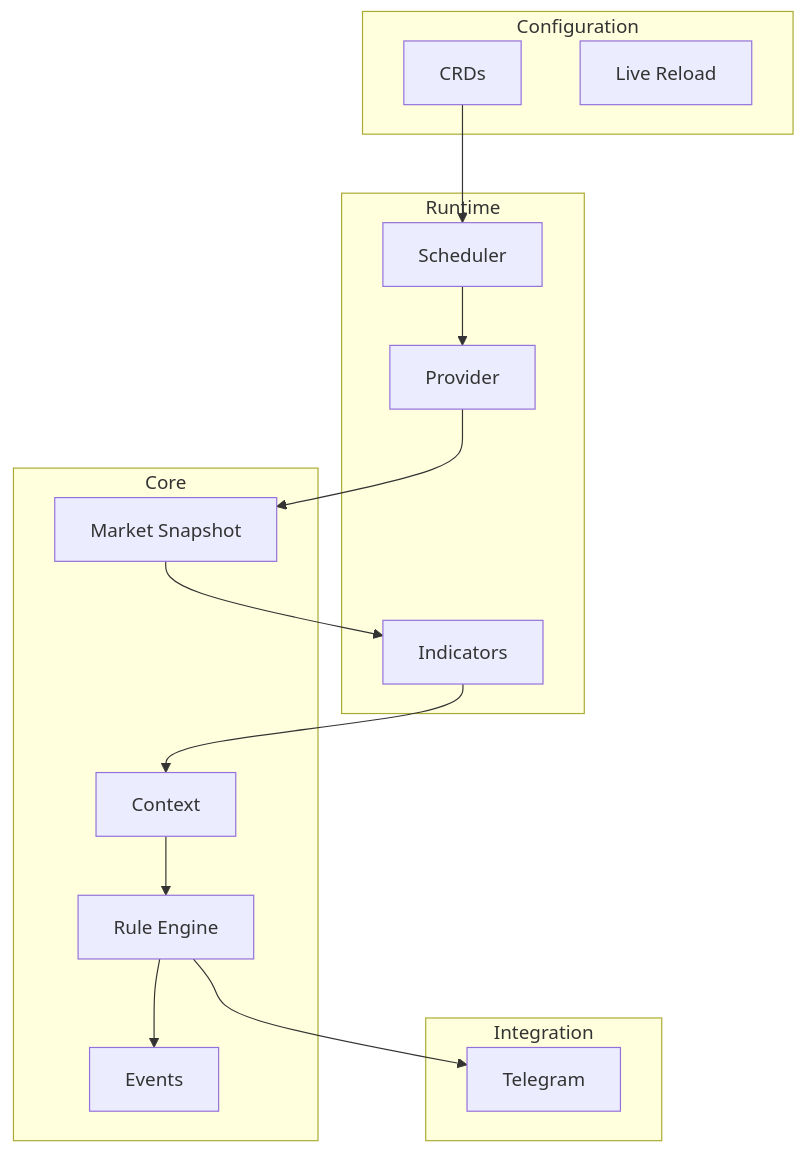
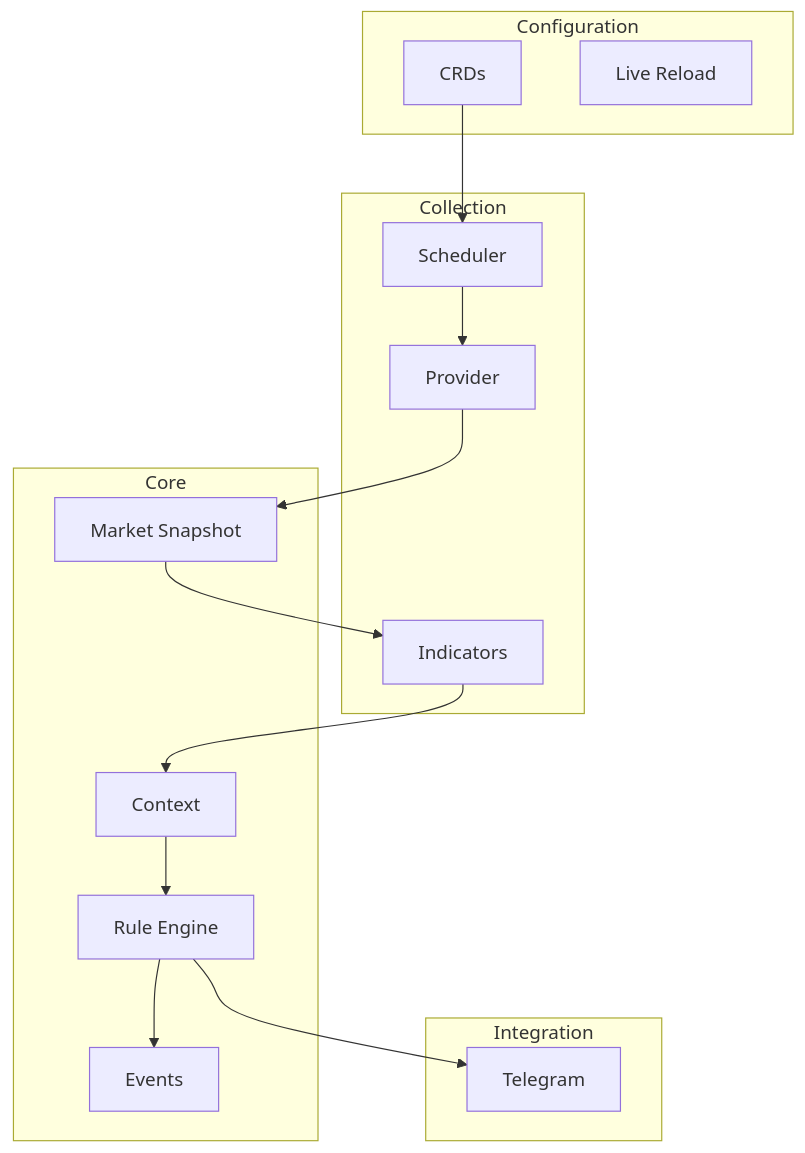
Before and after one commit to carvalhosauro/vigil: the first of 4 diagrams in RFC/RFC-0000-Domain-Model.md, drawn with Mermaid. The commit also changed other lines of this file and 7 other files, not shown here.

````diff
--- a/RFC/RFC-0000-Domain-Model.md
+++ b/RFC/RFC-0000-Domain-Model.md
@@ -66,41 +66,41 @@
 ```mermaid
 flowchart TB
 
 subgraph Configuration
     CRD["CRDs"]
     Reload["Live Reload"]
 end
 
-subgraph Runtime
+subgraph Collection
     Scheduler
     Provider
     Indicators
 end
 
 subgraph Core
     Snapshot["Market Snapshot"]
     Context
     RuleEngine["Rule Engine"]
     Events
 end
 
 subgraph Integration
     Telegram
 end
 
 CRD --> Scheduler
 
 Scheduler --> Provider
 
 Provider --> Snapshot
 
 Snapshot --> Indicators
 
 Indicators --> Context
 
 Context --> RuleEngine
 
 RuleEngine --> Telegram
 
 RuleEngine --> Events
 ```
````
